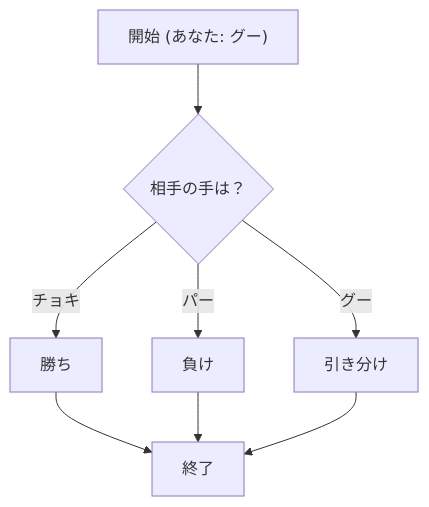
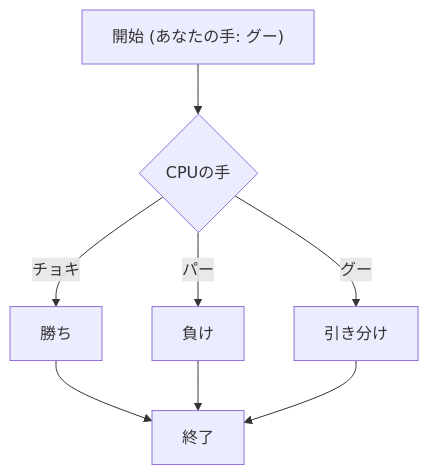
One commit to Bunnies0722/webpro_06 changed the first of 3 diagrams in README.md. Above: the diagram before and after it, drawn with Mermaid. The commit also changed other lines of this file, not shown here.

````diff
--- a/README.md
+++ b/README.md
@@ -18,18 +18,18 @@
 ```mermaid
 flowchart TD;
 
-start1["開始 (あなた: グー)"];
+start1["開始 (あなたの手: グー)"];
 end1["終了"];
-cpu1{"相手の手は？"};
+cpu1{"CPUの手"};
 win1["勝ち"];
 loose1["負け"];
 draw1["引き分け"];
 
 start1 --> cpu1;
 cpu1 --> |チョキ| win1;
 cpu1 --> |パー| loose1;
 cpu1 --> |グー| draw1;
 win1 --> end1;
 loose1 --> end1;
 draw1 --> end1;
 ```
````
